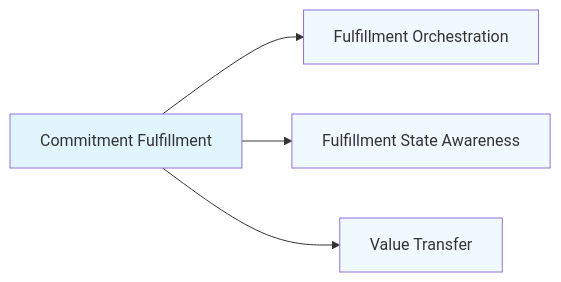
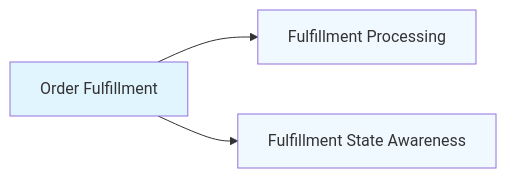
One commit to Evilazaro/Azure-LogicApps-Monitoring changed the fourth of 7 diagrams in docs/architecture/01-business-architecture.md. Above: the diagram before and after it, drawn with Mermaid. The commit also changed other lines of this file, not shown here.

Commit message:
Refactor Business Architecture document: update terminology and definitions to enhance clarity in order management and fulfillment processes

````diff
--- a/docs/architecture/01-business-architecture.md
+++ b/docs/architecture/01-business-architecture.md
@@ -171,11 +137,9 @@
 ```mermaid
 graph LR
-    CF[Commitment Fulfillment] --> FC[Fulfillment Orchestration]
-    CF --> FS[Fulfillment State Awareness]
-    CF --> FD[Value Transfer]
+    OF[Order Fulfillment] --> FP[Fulfillment Processing]
+    OF --> FS[Fulfillment State Awareness]
 
-    style CF fill:#e1f5ff
-    style FC fill:#f0f9ff
+    style OF fill:#e1f5ff
+    style FP fill:#f0f9ff
     style FS fill:#f0f9ff
-    style FD fill:#f0f9ff
 ```
````
